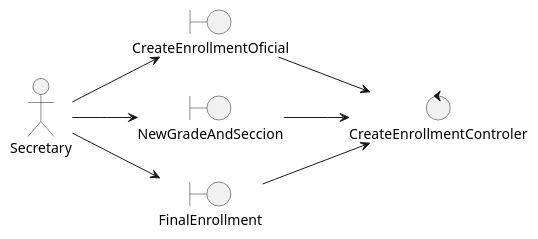
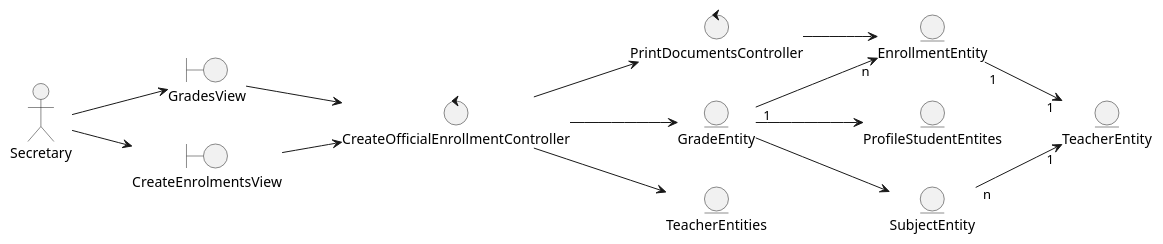
Before and after one commit to wsmcbl/wsmcbl.doc: the diagram in DesignView/AnalysisView/UseCaseAnalysis/CU05.CreateOfficialEnrollmentBySection/Classes.CU05.Analysis.puml, drawn with PlantUML. The commit also changed 6 other files, not shown here.

```diff
--- a/DesignView/AnalysisView/UseCaseAnalysis/CU05.CreateOfficialEnrollmentBySection/Classes.CU05.Analysis.puml
+++ b/DesignView/AnalysisView/UseCaseAnalysis/CU05.CreateOfficialEnrollmentBySection/Classes.CU05.Analysis.puml
@@ -1,17 +1,45 @@
 @startuml
 left to right direction
 
 actor Secretary
-boundary CreateEnrollmentOficial
-boundary NewGradeAndSeccion
-boundary FinalEnrollment
-control CreateEnrollmentControler
 
-Secretary --> NewGradeAndSeccion
-Secretary --> CreateEnrollmentOficial
-Secretary --> FinalEnrollment
+boundary GradesView
+boundary CreateEnrolmentsView
 
-CreateEnrollmentOficial --> CreateEnrollmentControler
-NewGradeAndSeccion --> CreateEnrollmentControler
-FinalEnrollment--> CreateEnrollmentControler
+control CreateOfficialEnrollmentController
+control PrintDocumentsController
+
+entity EnrollmentEntity
+entity ProfileStudentEntites
+entity TeacherEntity
+entity GradeEntity
+entity SubjectEntity
+entity TeacherEntities
+
+
+'--- Actor relations ---
+Secretary --> GradesView
+Secretary --> CreateEnrolmentsView
+
+
+'--- Views relations ---
+GradesView --> CreateOfficialEnrollmentController
+CreateEnrolmentsView --> CreateOfficialEnrollmentController
+
+
+'--- Controllers relations ---
+CreateOfficialEnrollmentController --> GradeEntity
+CreateOfficialEnrollmentController --> TeacherEntities
+CreateOfficialEnrollmentController --> PrintDocumentsController
+
+PrintDocumentsController --> EnrollmentEntity
+
+
+'--- Entities relations ---
+GradeEntity --> SubjectEntity
+GradeEntity "1" --> "n" EnrollmentEntity
+GradeEntity --> ProfileStudentEntites
+
+EnrollmentEntity "1" --> "1" TeacherEntity
+SubjectEntity "n" --> "1" TeacherEntity
 @enduml
```
